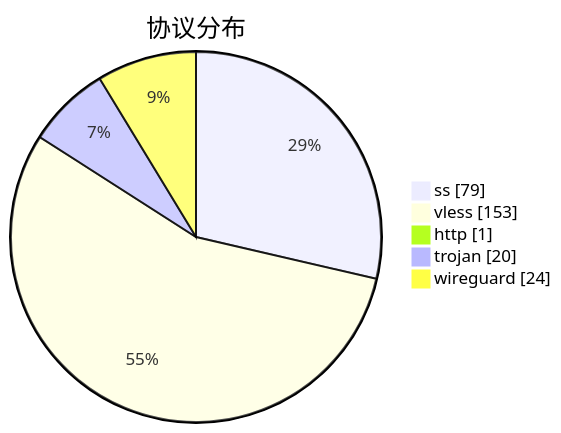
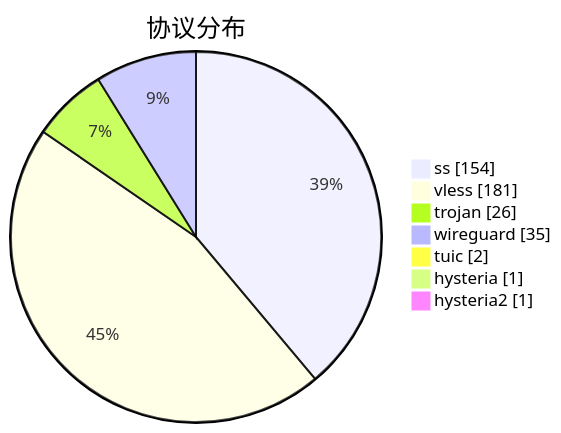
Before and after one commit to qjlxg/airport: the third of 3 diagrams in subs/statistics/tested_within.md, drawn with Mermaid. The commit also changed other lines of this file and 2 other files, not shown here.

````diff
--- a/subs/statistics/tested_within.md
+++ b/subs/statistics/tested_within.md
@@ -29,9 +32,11 @@
 ```mermaid
 pie showData
 title 协议分布
-"ss" : 79
-"vless" : 153
-"http" : 1
-"trojan" : 20
-"wireguard" : 24
+"ss" : 154
+"vless" : 181
+"trojan" : 26
+"wireguard" : 35
+"tuic" : 2
+"hysteria" : 1
+"hysteria2" : 1
 ```
````
